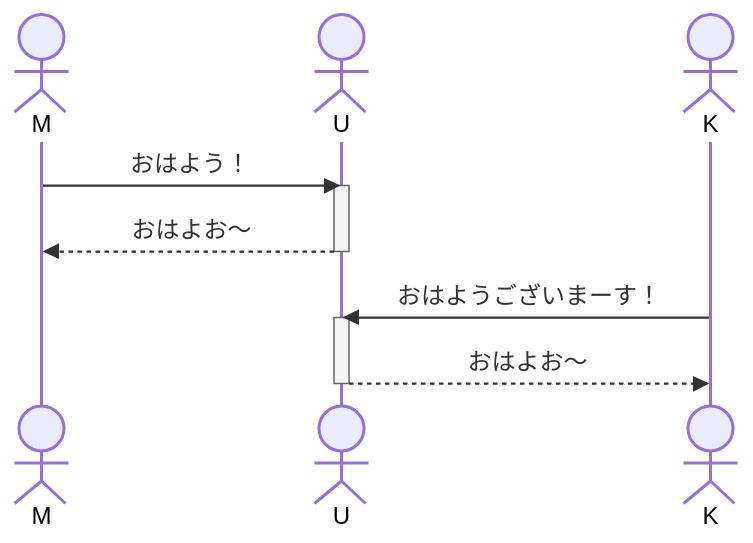
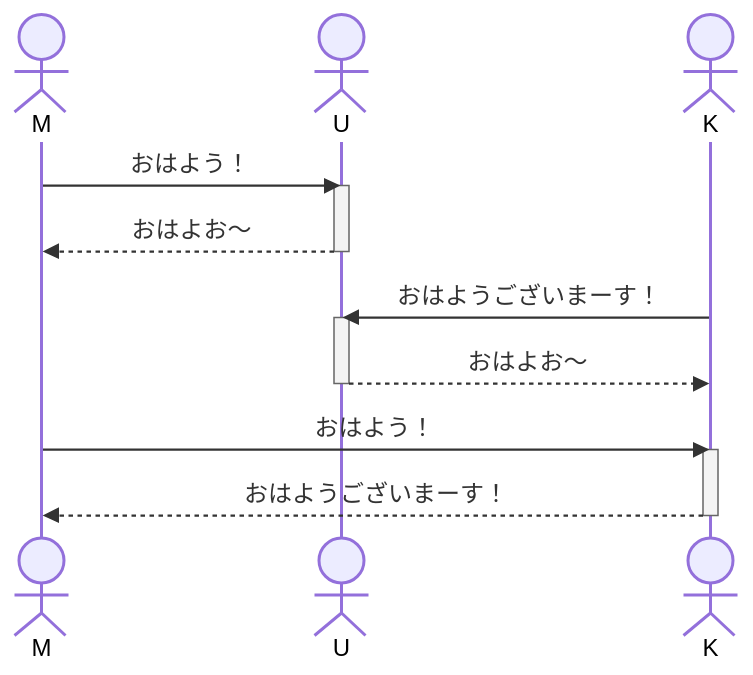
The second of 3 diagrams in README.md (tpu-game-2023/mermaid_test), drawn with Mermaid before and after one commit.

Commit message:
確認テスト

````diff
--- a/README.md
+++ b/README.md
@@ -40,14 +40,18 @@
 ```mermaid
 sequenceDiagram
     actor M
     actor U
     actor K
     M->>U: おはよう！
     activate U
     U-->>M: おはよお～
     deactivate U
     K->>U: おはようございまーす！
     activate U
     U-->>K: おはよお～
     deactivate U
+    M->>K: おはよう！
+    activate K
+    K-->>M: おはようございまーす！
+    deactivate K
 ```
````
